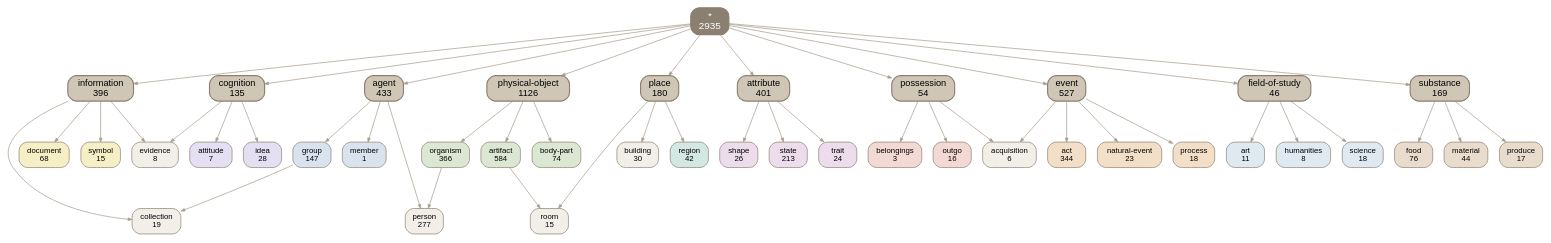
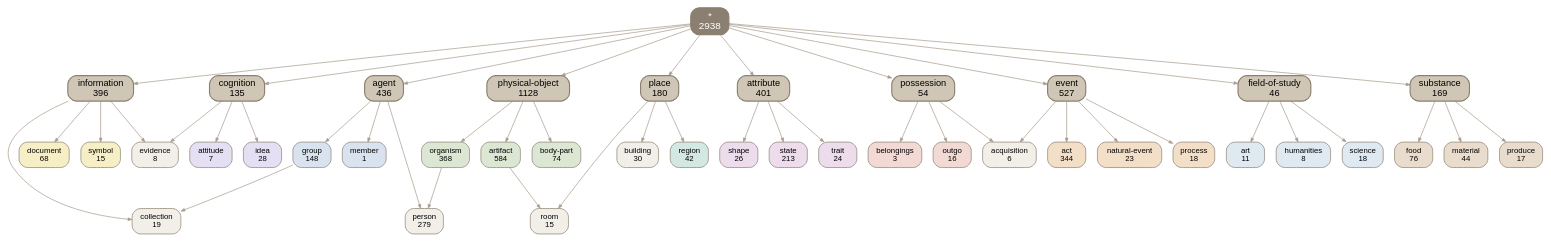
One commit to petfold/ontodag-core changed the diagram in docs/img/top.dot. Above: the diagram before and after it, drawn with Graphviz. The commit also changed 8 other files, not shown here.

```diff
--- a/docs/img/top.dot
+++ b/docs/img/top.dot
@@ -1,92 +1,92 @@
 digraph core {
   root="*"; rankdir=TB; ranksep=0.8; nodesep=0.22; splines=true; outputorder=edgesfirst;
   node [shape=box, style="rounded,filled", color="#8a7f70", fontname=Helvetica, fontsize=11];
   edge [color="#a89c8c", arrowsize=0.55];
-  "*" [label="*\n2935" fillcolor="#8a7f70" fontcolor="white" fontsize=14 penwidth=1.6];
+  "*" [label="*\n2938" fillcolor="#8a7f70" fontcolor="white" fontsize=14 penwidth=1.6];
   "*" -> "agent";
   "*" -> "attribute";
   "*" -> "cognition";
   "*" -> "event";
   "*" -> "field-of-study";
   "*" -> "information";
   "*" -> "physical-object";
   "*" -> "place";
   "*" -> "possession";
   "*" -> "substance";
   "acquisition" [label="acquisition\n6" fillcolor="#f2efe9"];
   "act" [label="act\n344" fillcolor="#f3dfc8"];
-  "agent" [label="agent\n433" fillcolor="#cfc6b6" fontsize=13 penwidth=1.6];
+  "agent" [label="agent\n436" fillcolor="#cfc6b6" fontsize=13 penwidth=1.6];
   "art" [label="art\n11" fillcolor="#dfe9f2"];
   "artifact" [label="artifact\n584" fillcolor="#dbe7d3"];
   "attitude" [label="attitude\n7" fillcolor="#e4dff2"];
   "attribute" [label="attribute\n401" fillcolor="#cfc6b6" fontsize=13 penwidth=1.6];
   "belongings" [label="belongings\n3" fillcolor="#f2d9d3"];
   "body-part" [label="body-part\n74" fillcolor="#dbe7d3"];
   "building" [label="building\n30" fillcolor="#f2efe9"];
   "cognition" [label="cognition\n135" fillcolor="#cfc6b6" fontsize=13 penwidth=1.6];
   "collection" [label="collection\n19" fillcolor="#f2efe9"];
   "document" [label="document\n68" fillcolor="#f6efc5"];
   "event" [label="event\n527" fillcolor="#cfc6b6" fontsize=13 penwidth=1.6];
   "evidence" [label="evidence\n8" fillcolor="#f2efe9"];
   "field-of-study" [label="field-of-study\n46" fillcolor="#cfc6b6" fontsize=13 penwidth=1.6];
   "food" [label="food\n76" fillcolor="#e9dccd"];
-  "group" [label="group\n147" fillcolor="#d9e3ef"];
+  "group" [label="group\n148" fillcolor="#d9e3ef"];
   "humanities" [label="humanities\n8" fillcolor="#dfe9f2"];
   "idea" [label="idea\n28" fillcolor="#e4dff2"];
   "information" [label="information\n396" fillcolor="#cfc6b6" fontsize=13 penwidth=1.6];
   "material" [label="material\n44" fillcolor="#e9dccd"];
   "member" [label="member\n1" fillcolor="#d9e3ef"];
   "natural-event" [label="natural-event\n23" fillcolor="#f3dfc8"];
-  "organism" [label="organism\n366" fillcolor="#dbe7d3"];
+  "organism" [label="organism\n368" fillcolor="#dbe7d3"];
   "outgo" [label="outgo\n16" fillcolor="#f2d9d3"];
-  "person" [label="person\n277" fillcolor="#f2efe9"];
-  "physical-object" [label="physical-object\n1126" fillcolor="#cfc6b6" fontsize=13 penwidth=1.6];
+  "person" [label="person\n279" fillcolor="#f2efe9"];
+  "physical-object" [label="physical-object\n1128" fillcolor="#cfc6b6" fontsize=13 penwidth=1.6];
   "place" [label="place\n180" fillcolor="#cfc6b6" fontsize=13 penwidth=1.6];
   "possession" [label="possession\n54" fillcolor="#cfc6b6" fontsize=13 penwidth=1.6];
   "process" [label="process\n18" fillcolor="#f3dfc8"];
   "produce" [label="produce\n17" fillcolor="#e9dccd"];
   "region" [label="region\n42" fillcolor="#d3e7e3"];
   "room" [label="room\n15" fillcolor="#f2efe9"];
   "science" [label="science\n18" fillcolor="#dfe9f2"];
   "shape" [label="shape\n26" fillcolor="#ecdcec"];
   "state" [label="state\n213" fillcolor="#ecdcec"];
   "substance" [label="substance\n169" fillcolor="#cfc6b6" fontsize=13 penwidth=1.6];
   "symbol" [label="symbol\n15" fillcolor="#f6efc5"];
   "trait" [label="trait\n24" fillcolor="#ecdcec"];
   { rank=same; "agent" "attribute" "cognition" "event" "field-of-study" "information" "physical-object" "place" "possession" "substance" }
-  "substance" -> "material";
-  "attribute" -> "state";
-  "cognition" -> "idea";
-  "cognition" -> "attitude";
   "event" -> "act";
-  "attribute" -> "shape";
   "artifact" -> "room";
   "place" -> "room";
-  "information" -> "symbol";
+  "agent" -> "group";
+  "information" -> "document";
+  "substance" -> "produce";
+  "substance" -> "food";
   "physical-object" -> "artifact";
-  "event" -> "process";
-  "field-of-study" -> "art";
+  "event" -> "natural-event";
+  "agent" -> "member";
+  "place" -> "region";
+  "substance" -> "material";
   "event" -> "acquisition";
   "possession" -> "acquisition";
+  "physical-object" -> "body-part";
+  "attribute" -> "shape";
+  "information" -> "symbol";
+  "field-of-study" -> "art";
+  "group" -> "collection";
+  "information" -> "collection";
+  "event" -> "process";
+  "possession" -> "outgo";
+  "field-of-study" -> "humanities";
+  "attribute" -> "state";
+  "cognition" -> "evidence";
+  "information" -> "evidence";
+  "physical-object" -> "organism";
+  "place" -> "building";
+  "attribute" -> "trait";
+  "field-of-study" -> "science";
+  "cognition" -> "attitude";
   "agent" -> "person";
   "organism" -> "person";
-  "field-of-study" -> "science";
-  "agent" -> "group";
-  "physical-object" -> "organism";
-  "field-of-study" -> "humanities";
-  "group" -> "collection";
-  "information" -> "collection";
-  "physical-object" -> "body-part";
-  "agent" -> "member";
-  "substance" -> "food";
-  "place" -> "region";
-  "attribute" -> "trait";
   "possession" -> "belongings";
-  "information" -> "document";
-  "possession" -> "outgo";
-  "substance" -> "produce";
-  "event" -> "natural-event";
-  "cognition" -> "evidence";
-  "information" -> "evidence";
-  "place" -> "building";
+  "cognition" -> "idea";
 }
```
